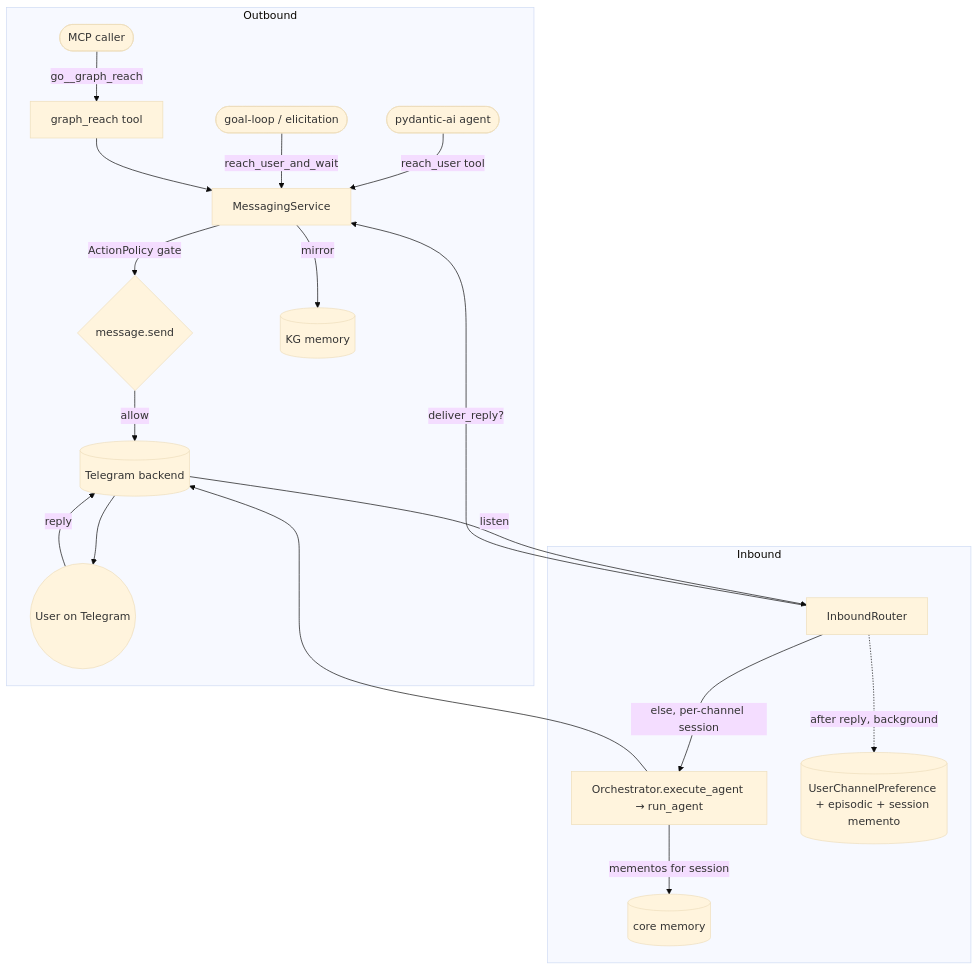
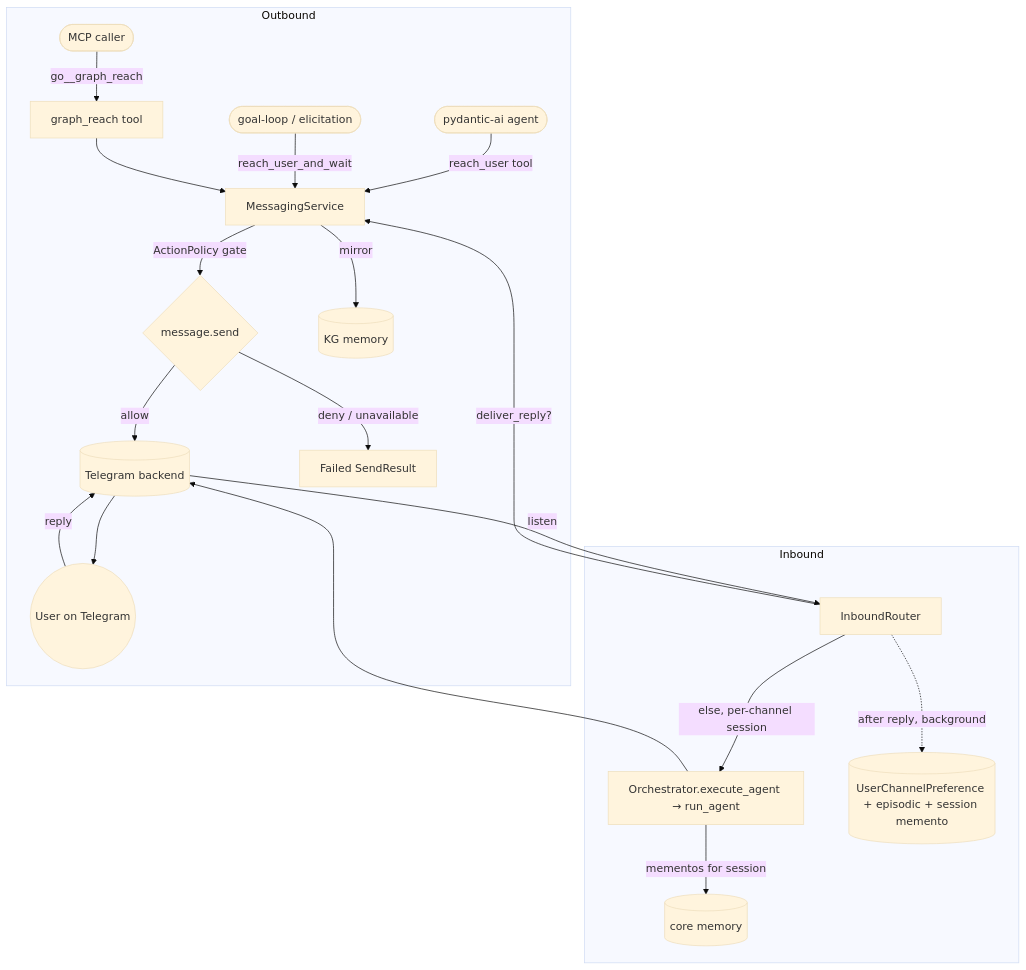
Before and after one commit to Knuckles-Team/agent-utilities: the diagram in docs/architecture/messaging_reach.md, drawn with Mermaid (base theme). The commit also changed other lines of this file and 2 other files, not shown here.

````diff
--- a/docs/architecture/messaging_reach.md
+++ b/docs/architecture/messaging_reach.md
@@ -33,22 +36,23 @@
 ```mermaid
 flowchart TD
     subgraph Outbound
         Caller([MCP caller]) -->|go__graph_reach| Reach[graph_reach tool]
         Agent([pydantic-ai agent]) -->|reach_user tool| SVC
         Loop([goal-loop / elicitation]) -->|reach_user_and_wait| SVC
         Reach --> SVC[MessagingService]
         SVC -->|ActionPolicy gate| Gate{message.send}
         Gate -->|allow| Backend[(Telegram backend)]
+        Gate -->|deny / unavailable| Refuse[Failed SendResult]
         SVC -->|mirror| KG[(KG memory)]
         Backend --> User((User on Telegram))
     end
     subgraph Inbound
         User -->|reply| Backend
         Backend -->|listen| Router[InboundRouter]
         Router -->|deliver_reply?| SVC
         Router -->|else, per-channel session| Universal[Orchestrator.execute_agent → run_agent]
         Universal -->|mementos for session| Mem[(core memory)]
         Universal --> Backend
         Router -.->|after reply, background| Pref[(UserChannelPreference + episodic + session memento)]
     end
 ```
````
